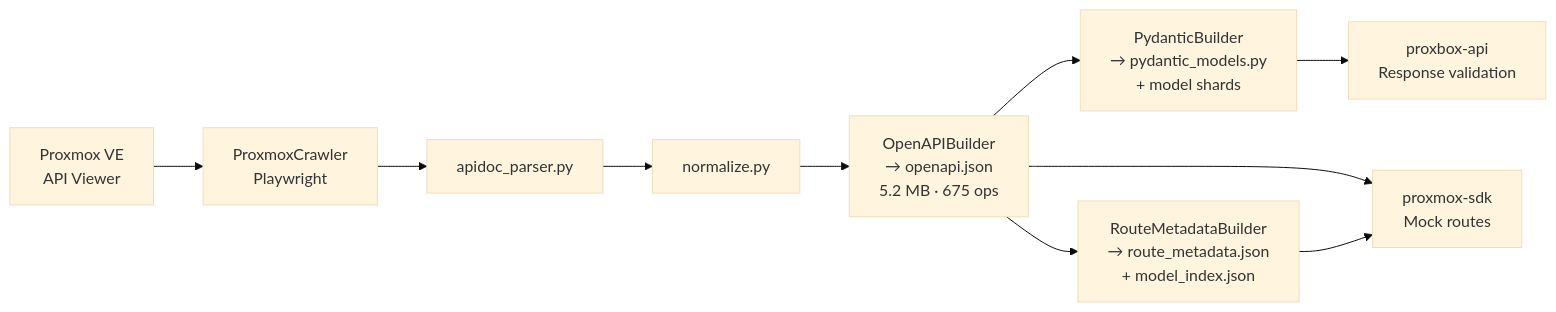
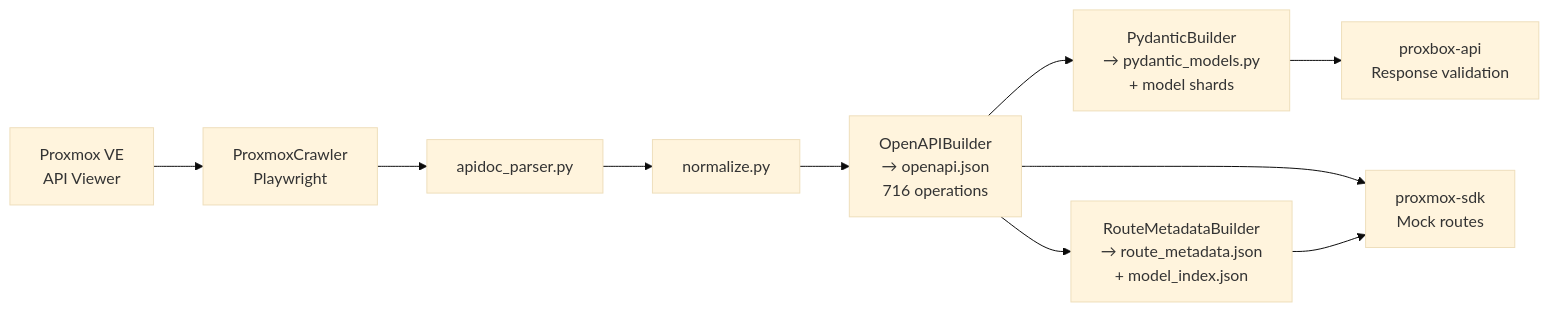
Before and after one commit to emersonfelipesp/proxmox-sdk: the fifth of 5 diagrams in docs/architecture.md, drawn with Mermaid (base theme). The commit also changed other lines of this file and 59 other files, not shown here.

````diff
--- a/docs/architecture.md
+++ b/docs/architecture.md
@@ -151,22 +151,22 @@
 ```mermaid
 flowchart LR
     PVE["Proxmox VE\nAPI Viewer"]
     CRAWL["ProxmoxCrawler\nPlaywright"]
     PARSE["apidoc_parser.py"]
     NORM["normalize.py"]
-    OA["OpenAPIBuilder\n→ openapi.json\n5.2 MB · 675 ops"]
+    OA["OpenAPIBuilder\n→ openapi.json\n716 operations"]
     PYD["PydanticBuilder\n→ pydantic_models.py\n+ model shards"]
     META["RouteMetadataBuilder\n→ route_metadata.json\n+ model_index.json"]
     USE1["proxmox-sdk\nMock routes"]
     USE2["proxbox-api\nResponse validation"]
 
     PVE --> CRAWL
     CRAWL --> PARSE
     PARSE --> NORM
     NORM --> OA
     OA --> PYD
     OA --> META
     OA --> USE1
     META --> USE1
     PYD --> USE2
 ```
````
